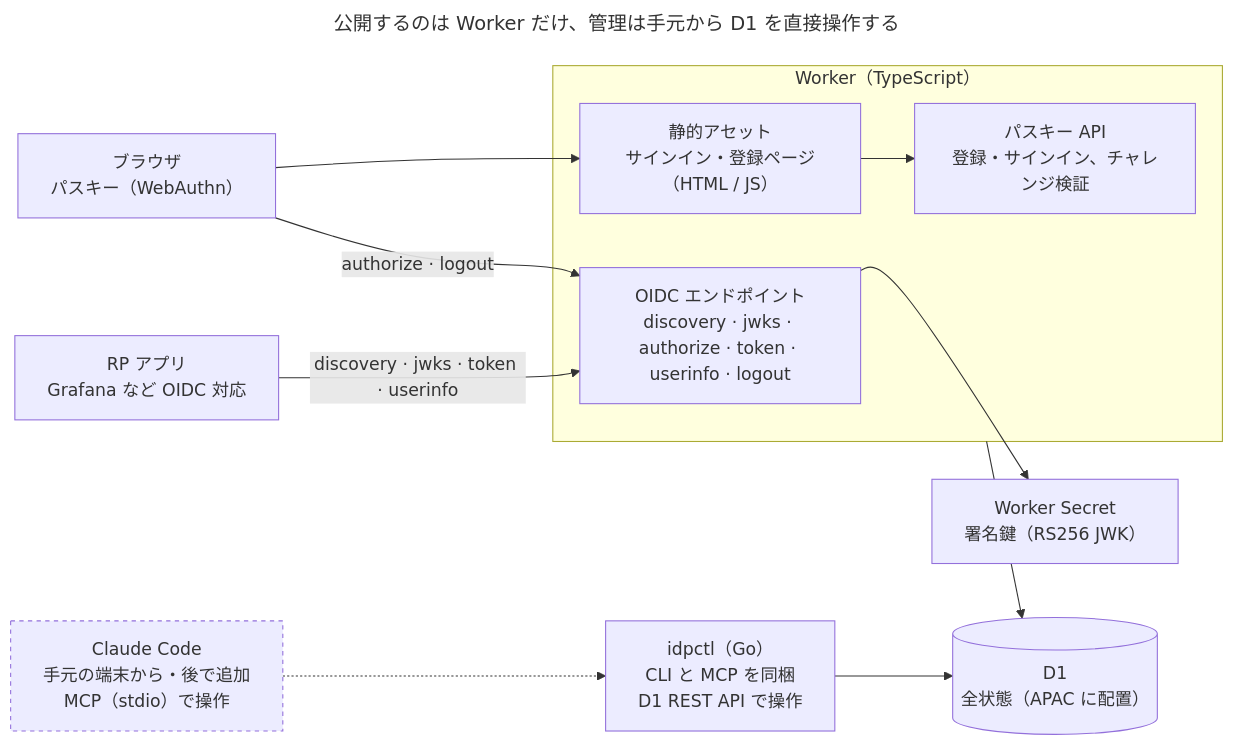
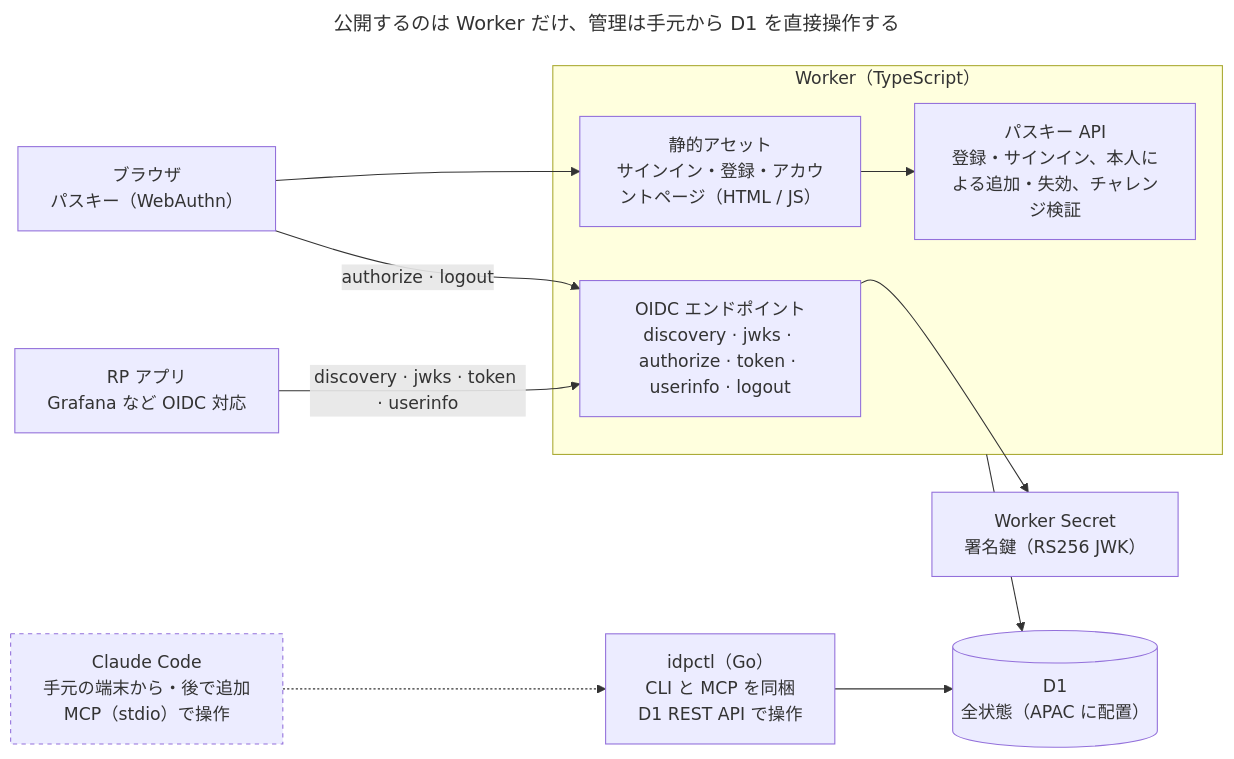
One commit to OJILab-dev/idp changed the diagram in docs/design/README.md. Above: the diagram before and after it, drawn with Mermaid. The commit also changed other lines of this file and 10 other files, not shown here.

````diff
--- a/docs/design/README.md
+++ b/docs/design/README.md
@@ -36,31 +36,31 @@
 ```mermaid
 ---
 title: 公開するのは Worker だけ、管理は手元から D1 を直接操作する
 ---
 flowchart LR
   browser["ブラウザ<br/>パスキー（WebAuthn）"]
   rp["RP アプリ<br/>Grafana など OIDC 対応"]
   claude["Claude Code<br/>手元の端末から・後で追加<br/>MCP（stdio）で操作"]
 
   subgraph worker["Worker（TypeScript）"]
     oidc["OIDC エンドポイント<br/>discovery · jwks · authorize · token · userinfo · logout"]
-    static["静的アセット<br/>サインイン・登録ページ（HTML / JS）"]
-    passkey["パスキー API<br/>登録・サインイン、チャレンジ検証"]
+    static["静的アセット<br/>サインイン・登録・アカウントページ（HTML / JS）"]
+    passkey["パスキー API<br/>登録・サインイン、本人による追加・失効、チャレンジ検証"]
   end
 
   idpctl["idpctl（Go）<br/>CLI と MCP を同梱<br/>D1 REST API で操作"]
   secret["Worker Secret<br/>署名鍵（RS256 JWK）"]
   d1[("D1<br/>全状態（APAC に配置）")]
 
   browser --> static
   static --> passkey
   browser -->|"authorize · logout"| oidc
   rp -->|"discovery · jwks · token · userinfo"| oidc
   oidc --> secret
   worker --> d1
   claude -.-> idpctl
   idpctl --> d1
 
   classDef later stroke-dasharray: 4 4
   class claude later
 ```
````
